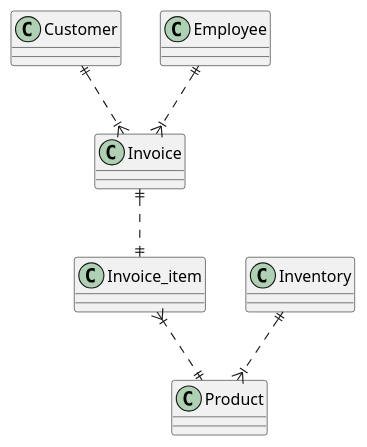
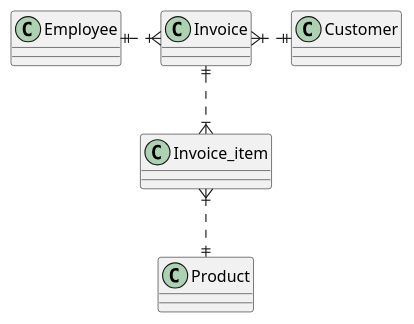
Before and after one commit to 2122-4ahif-nvs/01-microproject-AnnaHartl: the diagram in asciidocs/plantuml/erd_garden.puml, drawn with PlantUML. The commit also changed 8 other files, not shown here.

```diff
--- a/asciidocs/plantuml/erd_garden.puml
+++ b/asciidocs/plantuml/erd_garden.puml
@@ -1,7 +1,6 @@
 @startuml
-Customer ||..|{ Invoice
-Invoice ||..|| Invoice_item
+Customer ||.l.|{ Invoice
+Invoice ||..|{ Invoice_item
 Invoice_item }|..|| Product
-Employee ||..|{ Invoice
-Inventory ||..|{ Product
+Employee ||.r.|{ Invoice
 @enduml
```
